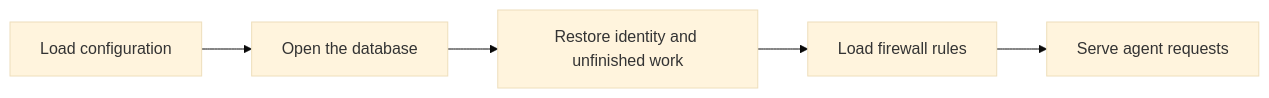
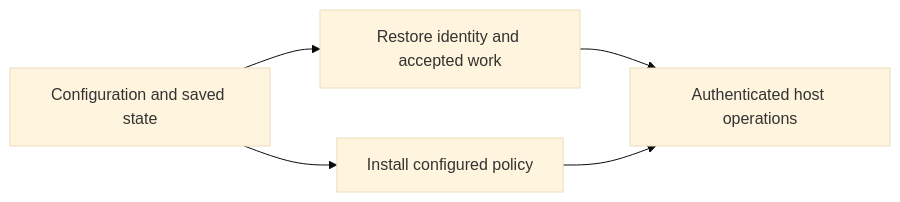
Before and after one commit to social-harness/moltzap: the first of 4 diagrams in packages/social-harness/src/daemon/README.md, drawn with Mermaid (base theme). The commit also changed other lines of this file and 1 other file, not shown here.

Commit message:
Clarify daemon message ownership and lifecycle flows

````diff
--- a/packages/social-harness/src/daemon/README.md
+++ b/packages/social-harness/src/daemon/README.md
@@ -8,7 +15,7 @@
 ```mermaid
 flowchart LR
-  A[Load configuration] --> B[Open the database]
-  B --> C[Restore identity and unfinished work]
-  C --> D[Load firewall rules]
-  D --> E[Serve agent requests]
+  A[Configuration and saved state] --> B[Restore identity and accepted work]
+  A --> C[Install configured policy]
+  B --> D[Authenticated host operations]
+  C --> D
 ```
````
